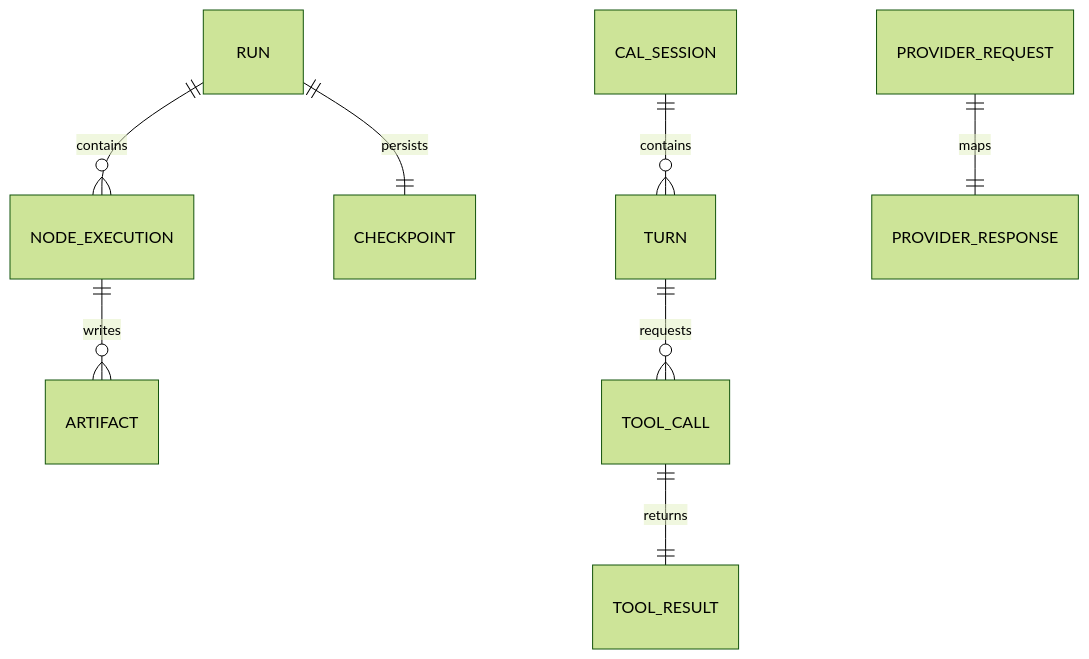
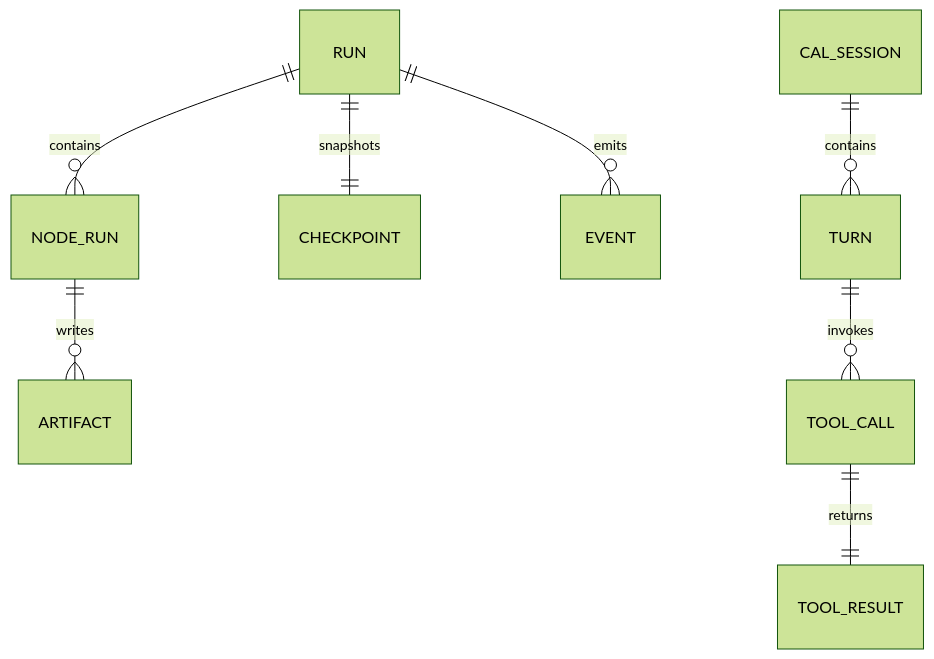
One commit to jaytaylor/attractor-tcl changed the second of 5 diagrams in docs/sprints/SPRINT-003-implementation-plan.md. Above: the diagram before and after it, drawn with Mermaid (forest theme). The commit also changed other lines of this file, not shown here.

Commit message:
docs: sync sprint 003 implementation plan to verified completion

````diff
--- a/docs/sprints/SPRINT-003-implementation-plan.md
+++ b/docs/sprints/SPRINT-003-implementation-plan.md
@@ -841,11 +1681,10 @@
 ```mermaid
-%% Source: .scratch/diagrams/sprint-003-implementation-plan/er.mmd
 erDiagram
-  RUN ||--o{ NODE_EXECUTION : contains
-  RUN ||--|| CHECKPOINT : persists
-  NODE_EXECUTION ||--o{ ARTIFACT : writes
+  RUN ||--o{ NODE_RUN : contains
+  RUN ||--|| CHECKPOINT : snapshots
+  NODE_RUN ||--o{ ARTIFACT : writes
   CAL_SESSION ||--o{ TURN : contains
-  TURN ||--o{ TOOL_CALL : requests
+  TURN ||--o{ TOOL_CALL : invokes
   TOOL_CALL ||--|| TOOL_RESULT : returns
-  PROVIDER_REQUEST ||--|| PROVIDER_RESPONSE : maps
+  RUN ||--o{ EVENT : emits
 ```
````
